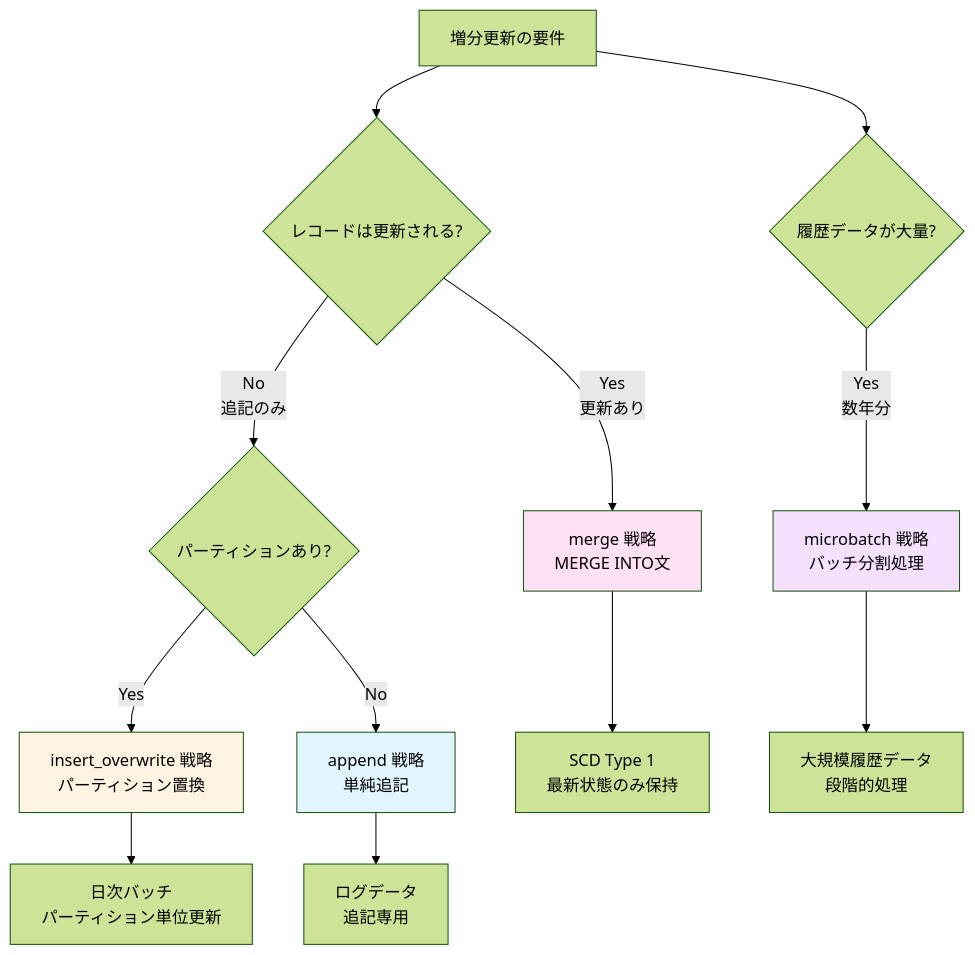
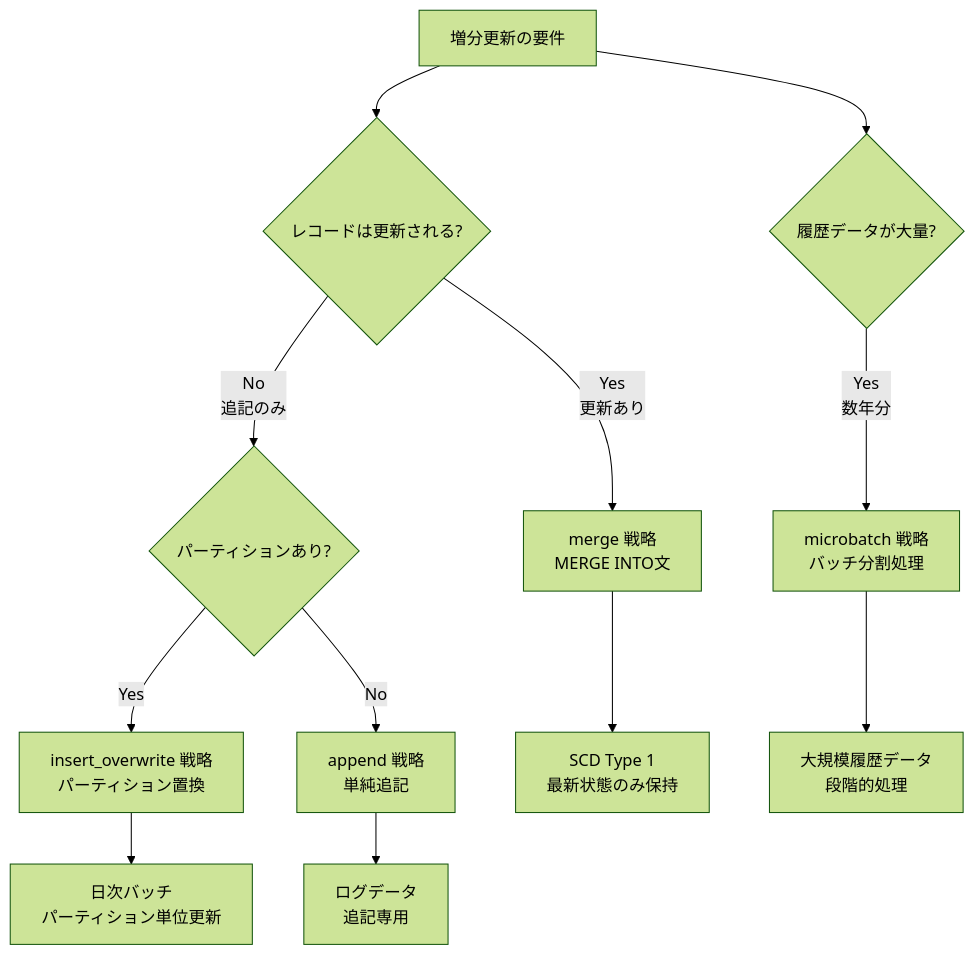
Before and after one commit to 1210yuichi0/1210yuichi0.github.io: the first of 2 diagrams in content/Tech/dbt/categories/models/incremental-strategies.md, drawn with Mermaid (forest theme). The commit also changed other lines of this file and 22 other files, not shown here.

First line of the commit message:
style: remove Mermaid style directives for dark mode compatibility

````diff
--- a/content/Tech/dbt/categories/models/incremental-strategies.md
+++ b/content/Tech/dbt/categories/models/incremental-strategies.md
@@ -36,23 +36,19 @@
 ```mermaid
 flowchart TD
     Start[増分更新の要件] --> Q1{レコードは更新される?}
 
     Q1 -->|Yes<br/>更新あり| Merge[merge 戦略<br/>MERGE INTO文]
     Q1 -->|No<br/>追記のみ| Q2{パーティションあり?}
 
     Q2 -->|Yes| InsertOver[insert_overwrite 戦略<br/>パーティション置換]
     Q2 -->|No| Append[append 戦略<br/>単純追記]
 
     Start --> Q3{履歴データが大量?}
     Q3 -->|Yes<br/>数年分| Microbatch[microbatch 戦略<br/>バッチ分割処理]
 
     Merge --> Use1[SCD Type 1<br/>最新状態のみ保持]
     InsertOver --> Use2[日次バッチ<br/>パーティション単位更新]
     Append --> Use3[ログデータ<br/>追記専用]
     Microbatch --> Use4[大規模履歴データ<br/>段階的処理]
 
-    style Merge fill:#ffe1f5
-    style InsertOver fill:#fff4e1
-    style Append fill:#e1f5ff
-    style Microbatch fill:#f5e1ff
 ```
````
